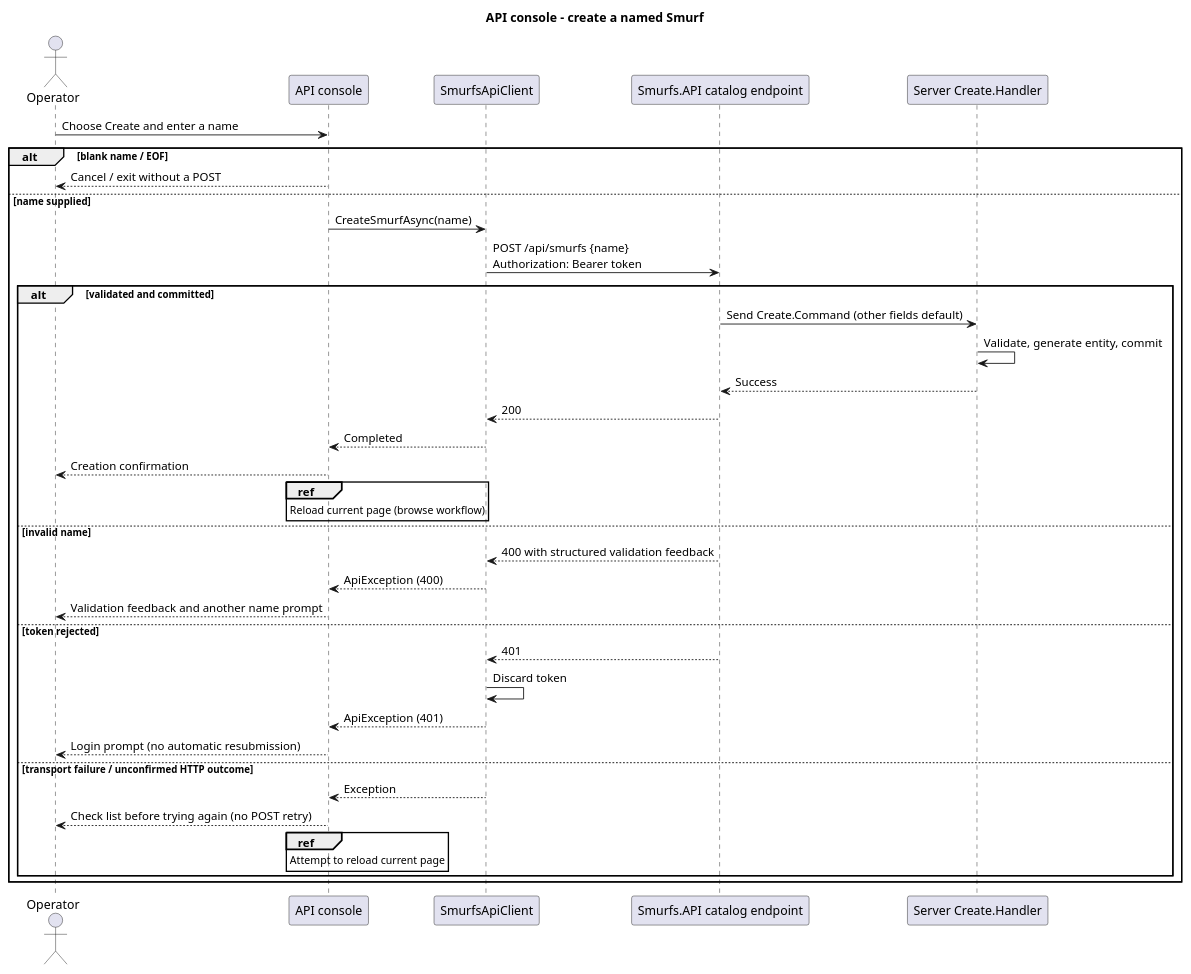
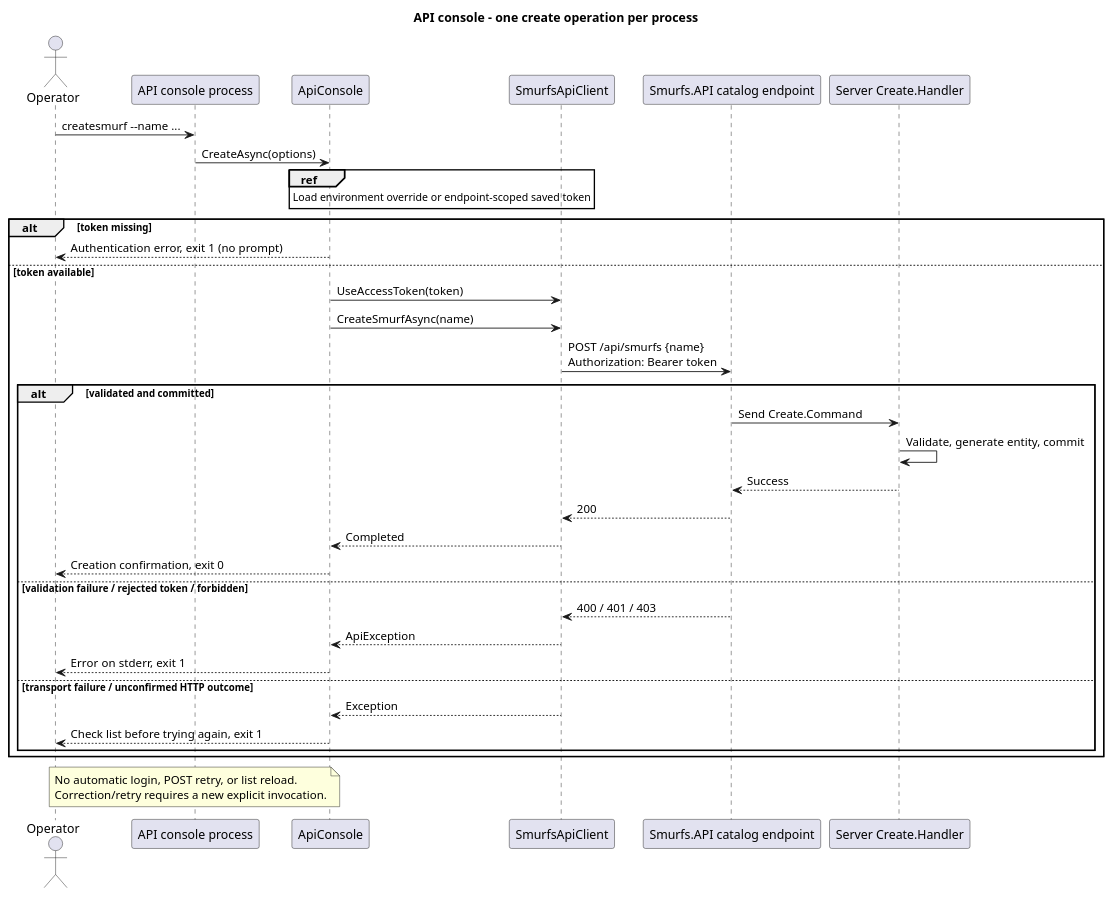
One commit to EbbeMeloSorensen/Smurfs changed the diagram in docs/behavioral/diagrams/api-console-create.puml. Above: the diagram before and after it, drawn with PlantUML. The commit also changed 28 other files, not shown here.

Commit message:
Align API console commands and persist endpoint-scoped login

```diff
--- a/docs/behavioral/diagrams/api-console-create.puml
+++ b/docs/behavioral/diagrams/api-console-create.puml
@@ -1,37 +1,38 @@
 @startuml
-title API console - create a named Smurf
+title API console - one create operation per process
 actor Operator
-participant "API console" as CLI
+participant "API console process" as CLI
+participant ApiConsole as Command
 participant SmurfsApiClient as Client
 participant "Smurfs.API catalog endpoint" as API
 participant "Server Create.Handler" as Create
-Operator -> CLI : Choose Create and enter a name
-alt blank name / EOF
-  CLI --> Operator : Cancel / exit without a POST
-else name supplied
-  CLI -> Client : CreateSmurfAsync(name)
+Operator -> CLI : createsmurf --name ...
+CLI -> Command : CreateAsync(options)
+ref over Command : Load environment override or endpoint-scoped saved token
+alt token missing
+  Command --> Operator : Authentication error, exit 1 (no prompt)
+else token available
+  Command -> Client : UseAccessToken(token)
+  Command -> Client : CreateSmurfAsync(name)
   Client -> API : POST /api/smurfs {name}\nAuthorization: Bearer token
   alt validated and committed
-    API -> Create : Send Create.Command (other fields default)
+    API -> Create : Send Create.Command
     Create -> Create : Validate, generate entity, commit
     Create --> API : Success
     API --> Client : 200
-    Client --> CLI : Completed
-    CLI --> Operator : Creation confirmation
-    ref over CLI : Reload current page (browse workflow)
-  else invalid name
-    API --> Client : 400 with structured validation feedback
-    Client --> CLI : ApiException (400)
-    CLI --> Operator : Validation feedback and another name prompt
-  else token rejected
-    API --> Client : 401
-    Client -> Client : Discard token
-    Client --> CLI : ApiException (401)
-    CLI --> Operator : Login prompt (no automatic resubmission)
+    Client --> Command : Completed
+    Command --> Operator : Creation confirmation, exit 0
+  else validation failure / rejected token / forbidden
+    API --> Client : 400 / 401 / 403
+    Client --> Command : ApiException
+    Command --> Operator : Error on stderr, exit 1
   else transport failure / unconfirmed HTTP outcome
-    Client --> CLI : Exception
-    CLI --> Operator : Check list before trying again (no POST retry)
-    ref over CLI : Attempt to reload current page
+    Client --> Command : Exception
+    Command --> Operator : Check list before trying again, exit 1
   end
 end
+note over CLI
+  No automatic login, POST retry, or list reload.
+  Correction/retry requires a new explicit invocation.
+end note
 @enduml
```
